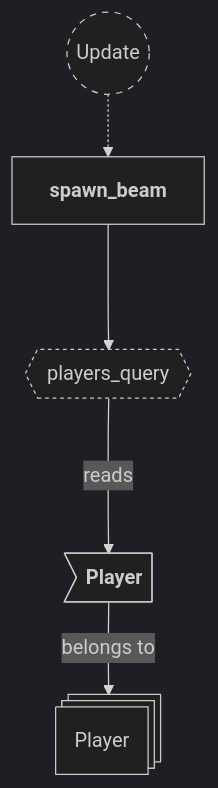
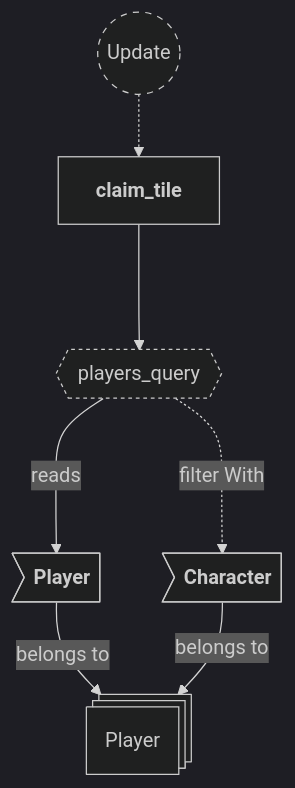
One commit to neurosoup/tyled changed the third of 13 diagrams in backlog/docs/doc-7 - 006-Beam-plugin.md. Above: the diagram before and after it, drawn with Mermaid. The commit also changed other lines of this file and 7 other files, not shown here.

First line of the commit message:
Docs: update all plugin docs for Character marker, BeamCharges rework, and digit animation systems

````diff
--- a/backlog/docs/doc-7 - 006-Beam-plugin.md
+++ b/backlog/docs/doc-7 - 006-Beam-plugin.md
@@ -130,24 +132,26 @@
 ```mermaid
 ---
 config:
   theme: dark
 ---
 
 flowchart TD
 classDef system-group stroke-dasharray: 5 5
 classDef query stroke-dasharray: 3 3
 
 update(("`Update`")):::system-group
-spawn_beam["`**spawn_beam**`"]
+claim_tile["`**claim_tile**`"]
 
-update -.-> spawn_beam
+update -.-> claim_tile
 
 players_query{{"`players_query`"}}:::query
-spawn_beam ---> players_query
+claim_tile ---> players_query
 
 player_entity@{ shape: st-rect, label: "Player" }
 
 pe_player>"`**Player**`"] --> |belongs to| player_entity
+pe_character>"`**Character**`"] --> |belongs to| player_entity
 
 players_query ---> |reads| pe_player
+players_query -..-> |filter With| pe_character
 ```
````
